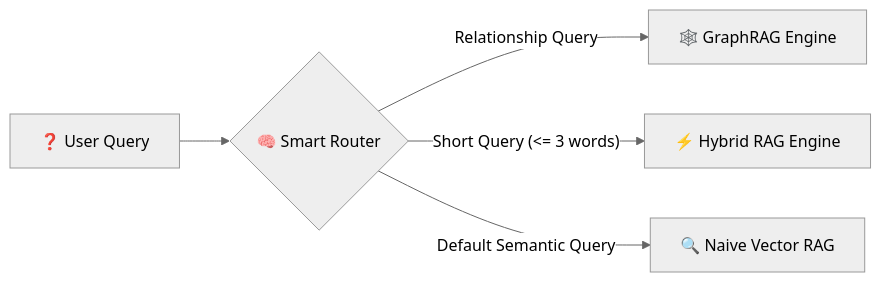
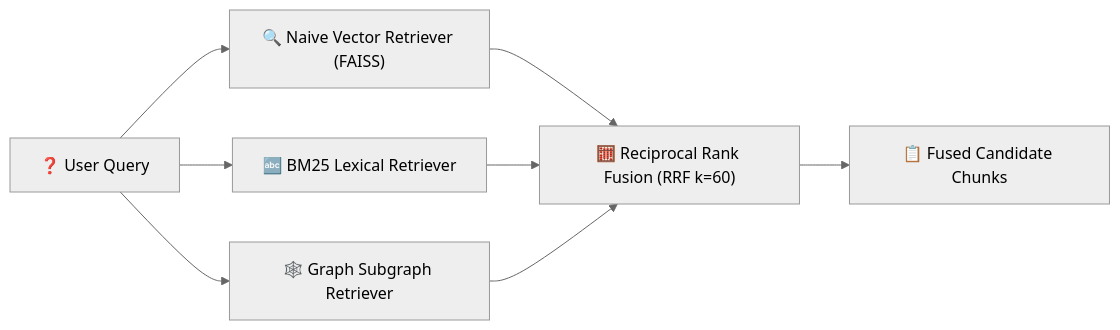
The second of 4 diagrams in README.md (niravrupapara/TriRAG), drawn with Mermaid (neutral theme) before and after one commit. The commit also changed other lines of this file, not shown here.

Commit message:
docs: update README with Agentic Corrective RAG architecture, RRF fusion, and Ragas evaluation

````diff
--- a/README.md
+++ b/README.md
@@ -38,7 +44,8 @@
 ```mermaid
 flowchart LR
-    Query["❓ User Query"] --> Router{"🧠 Smart Router"}
-    Router -->|"Relationship Query"| GraphEngine["🕸️ GraphRAG Engine"]
-    Router -->|"Short Query (<= 3 words)"| HybridEngine["⚡ Hybrid RAG Engine"]
-    Router -->|"Default Semantic Query"| NaiveEngine["🔍 Naive Vector RAG"]
+    Query["❓ User Query"] --> Naive["🔍 Naive Vector Retriever (FAISS)"]
+    Query --> BM25R["🔤 BM25 Lexical Retriever"]
+    Query --> GraphR["🕸️ Graph Subgraph Retriever"]
+    Naive & BM25R & GraphR --> RRF["🧮 Reciprocal Rank Fusion (RRF k=60)"]
+    RRF --> Candidates["📋 Fused Candidate Chunks"]
 ```
````
